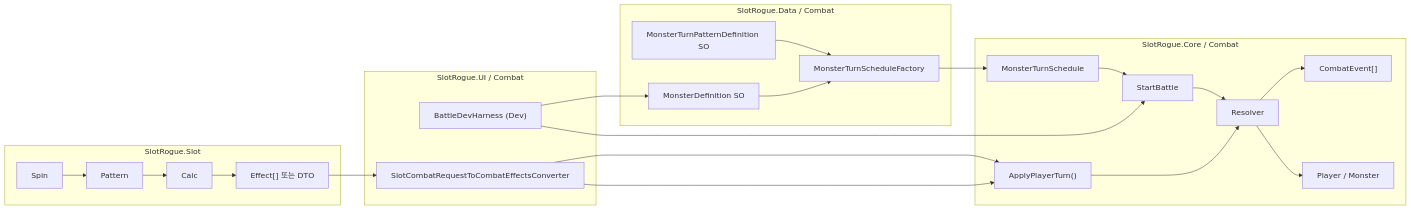
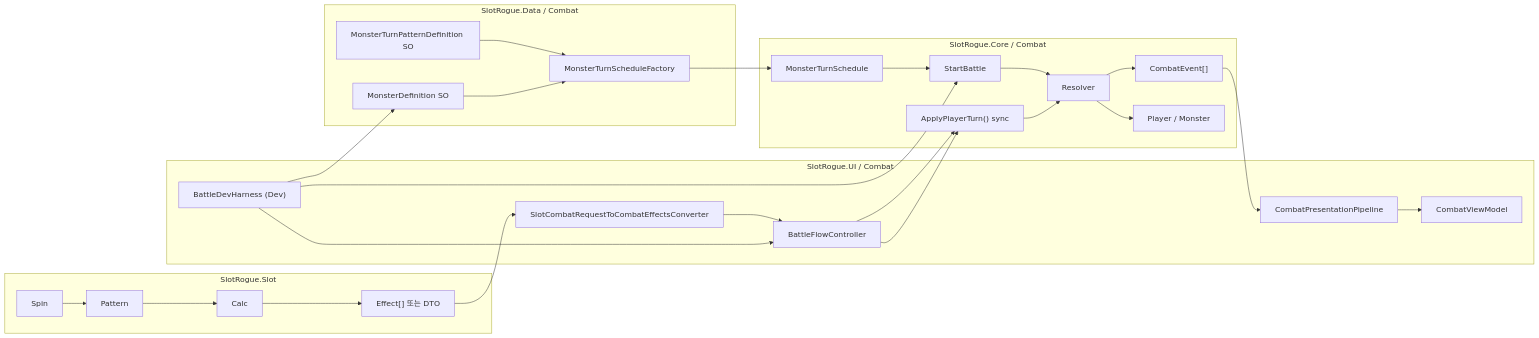
One commit to YooKyubin/SlotRogue changed the fourth of 5 diagrams in docs/design-docs/combat-core.md. Above: the diagram before and after it, drawn with Mermaid. The commit also changed other lines of this file and 7 other files, not shown here.

First line of the commit message:
docs(combat): ADR-0002 Replay 연출 결정 및 presentation plan

````diff
--- a/docs/design-docs/combat-core.md
+++ b/docs/design-docs/combat-core.md
@@ -153,35 +154,42 @@
 ```mermaid
 flowchart LR
     subgraph Slot["SlotRogue.Slot"]
         Spin --> Pattern --> Calc --> Build["Effect[] 또는 DTO"]
     end
 
     subgraph Data["SlotRogue.Data / Combat"]
         MonsterSO["MonsterDefinition SO"]
         PatternSO["MonsterTurnPatternDefinition SO"]
         Factory["MonsterTurnScheduleFactory"]
         PatternSO --> Factory
         MonsterSO --> Factory
     end
 
     subgraph Integration["SlotRogue.UI / Combat"]
         Adapt["SlotCombatRequestToCombatEffectsConverter"]
+        Flow["BattleFlowController"]
+        Pipe["CombatPresentationPipeline"]
+        VM["CombatViewModel"]
         DevHarness["BattleDevHarness (Dev)"]
     end
 
     subgraph Combat["SlotRogue.Core / Combat"]
         Schedule["MonsterTurnSchedule"]
         StartBattle --> Resolver
         Factory --> Schedule
         Schedule --> StartBattle
-        Adapt --> Apply["ApplyPlayerTurn()"]
+        Adapt --> Flow
+        Flow --> Apply["ApplyPlayerTurn() sync"]
         Apply --> Resolver
         Resolver --> Events["CombatEvent[]"]
         Resolver --> Participant["Player / Monster"]
+        Events --> Pipe
+        Pipe --> VM
     end
 
     Build --> Adapt
-    Adapt --> Apply
+    Flow --> Apply
     DevHarness --> MonsterSO
     DevHarness --> StartBattle
+    DevHarness --> Flow
 ```
````
